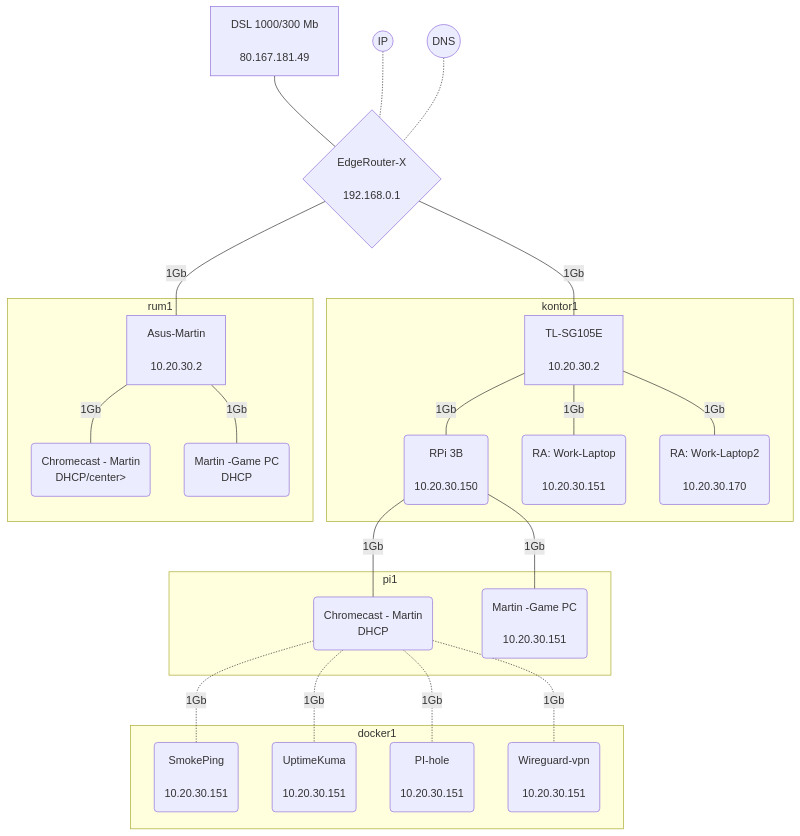
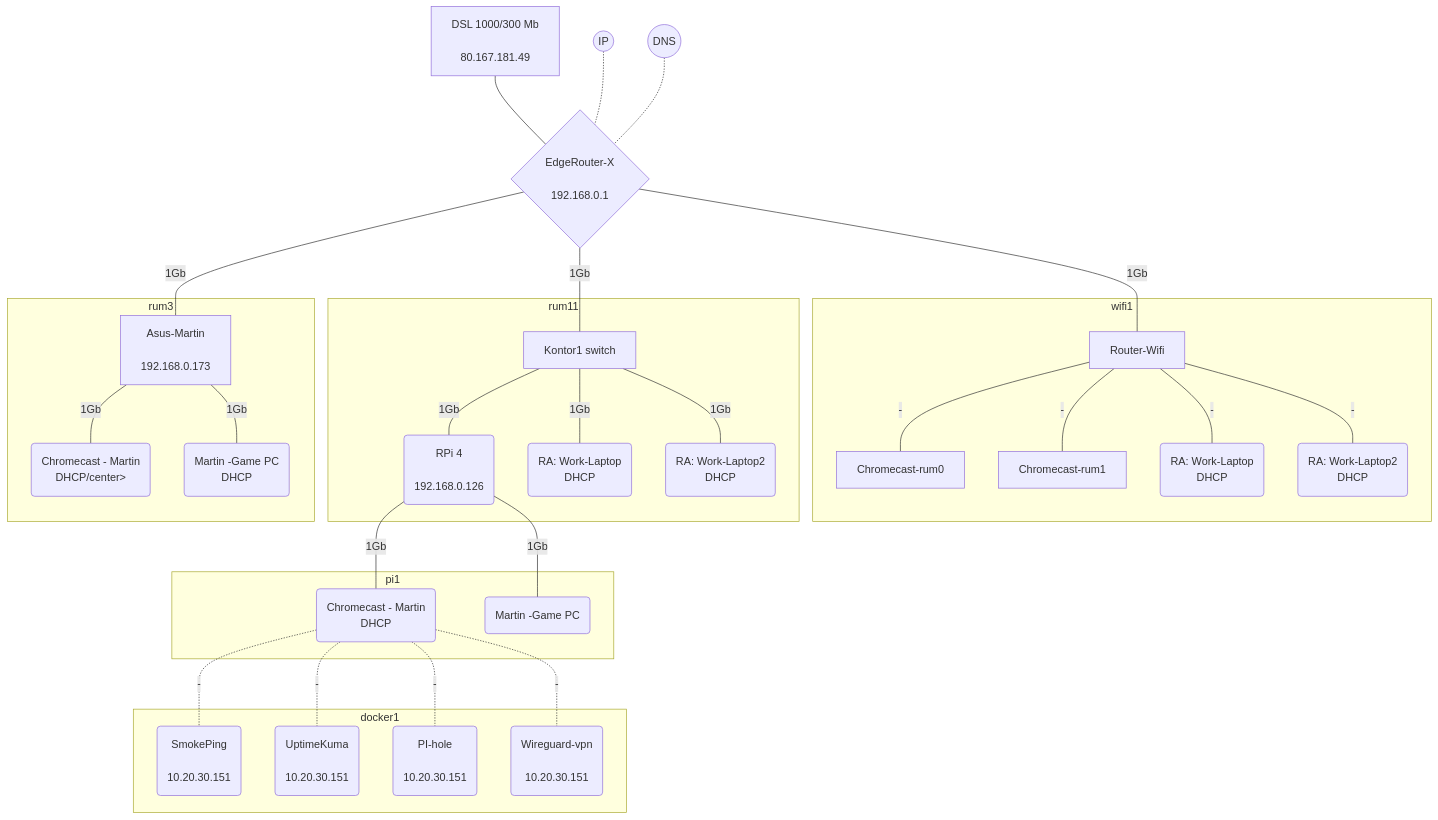
The diagram in Docs/Index.md (alf149/ansible), drawn with Mermaid before and after one commit.

````diff
--- a/Docs/Index.md
+++ b/Docs/Index.md
@@ -3,33 +3,42 @@
 ```mermaid
 graph TB
  linkStyle default interpolate basis
  wan1[<center>DSL 1000/300 Mb<br><br>80.167.181.49</center>]---router{<center>EdgeRouter-X<br><br>192.168.0.1</center>}
  ip((<center><br>IP<br><br></center>))-.-router
  dns((<center><br>DNS<br><br></center>))-.-router
- router---|1Gb|switch1[<center>TL-SG105E<br><br>10.20.30.2</center>]
- router---|1Gb|switch2[<center>Asus-Martin<br><br>10.20.30.2</center>]
- 
- subgraph kontor1
- switch1---|1Gb|pi(<center>RPi 3B<br><br>10.20.30.150</center>)
- switch1---|1Gb|work(<center>RA: Work-Laptop<br><br>10.20.30.151</center>)
- switch1---|1Gb|work-lab(<center>RA: Work-Laptop2<br><br>10.20.30.170</center>)
+ router---|1Gb|switch1[<center>Kontor1 switch</center>]
+ router---|1Gb|switch2[<center>Asus-Martin<br><br>192.168.0.173</center>]
+ router---|1Gb|acwifi1[<center>Router-Wifi</center>]
+
+ subgraph wifi1
+ acwifi1---|-|Chromecast-rum0
+ acwifi1---|-|Chromecast-rum1
+ acwifi1---|-|ra-work(<center>RA: Work-Laptop<br>DHCP</center>)
+ acwifi1---|-|ra-work-lab(<center>RA: Work-Laptop2<br>DHCP</center>)
+ end
+
+
+ subgraph rum11
+ switch1---|1Gb|pi(<center>RPi 4<br><br>192.168.0.126</center>)
+ switch1---|1Gb|work(<center>RA: Work-Laptop<br>DHCP</center>)
+ switch1---|1Gb|work-lab(<center>RA: Work-Laptop2<br>DHCP</center>)
  end
  
- subgraph rum1
+ subgraph rum3
  switch2---|1Gb|chromecast(<center>Chromecast - Martin<br>DHCP/center>)
  switch2---|1Gb|game-pc(<center>Martin -Game PC<br>DHCP</center>)
  end
 
  subgraph pi1
  pi---|1Gb|docker(<center>Chromecast - Martin<br>DHCP</center>)
- pi---|1Gb|crowdsec(<center>Martin -Game PC<br><br>10.20.30.151</center>)
+ pi---|1Gb|crowdsec(<center>Martin -Game PC</center>)
  end
 
 subgraph docker1
- docker-.-|1Gb|smokeping(<center>SmokePing<br><br>10.20.30.151</center>)
- docker-.-|1Gb|uptimeKuma(<center>UptimeKuma<br><br>10.20.30.151</center>)
- docker-.-|1Gb|pihole(<center>PI-hole<br><br>10.20.30.151</center>)
- docker-.-|1Gb|wireguardvpn(<center>Wireguard-vpn<br><br>10.20.30.151</center>)
+ docker-.-|-|smokeping(<center>SmokePing<br><br>10.20.30.151</center>)
+ docker-.-|-|uptimeKuma(<center>UptimeKuma<br><br>10.20.30.151</center>)
+ docker-.-|-|pihole(<center>PI-hole<br><br>10.20.30.151</center>)
+ docker-.-|-|wireguardvpn(<center>Wireguard-vpn<br><br>10.20.30.151</center>)
  
  end
  ```
````
